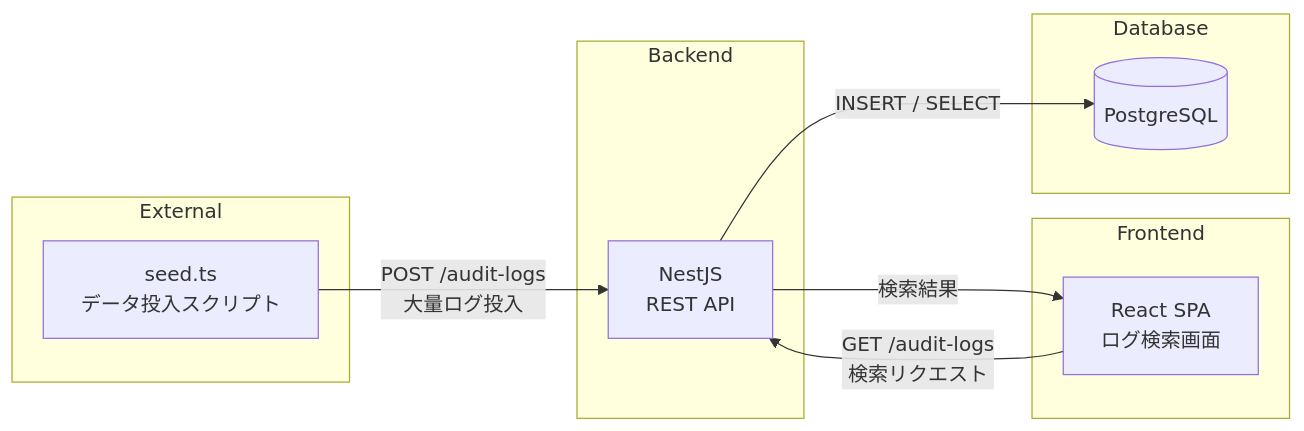
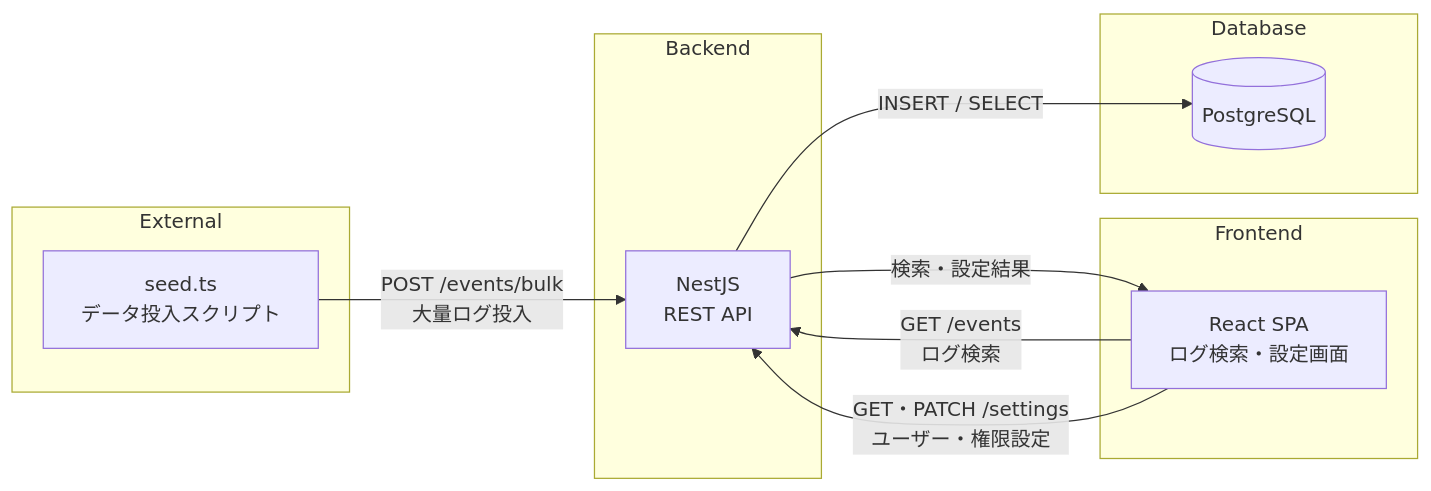
One commit to bird-dance-dev/log-search-platform changed the first of 2 diagrams in README.md. Above: the diagram before and after it, drawn with Mermaid. The commit also changed other lines of this file and 11 other files, not shown here.

````diff
--- a/README.md
+++ b/README.md
@@ -23,23 +23,24 @@
 ```mermaid
 graph LR
   subgraph External
     Seed[seed.ts\nデータ投入スクリプト]
   end
 
   subgraph Frontend
-    React[React SPA\nログ検索画面]
+    React[React SPA\nログ検索・設定画面]
   end
 
   subgraph Backend
     NestJS[NestJS\nREST API]
   end
 
   subgraph Database
     PG[(PostgreSQL)]
   end
 
-  Seed -- "POST /audit-logs\n大量ログ投入" --> NestJS
-  React -- "GET /audit-logs\n検索リクエスト" --> NestJS
+  Seed -- "POST /events/bulk\n大量ログ投入" --> NestJS
+  React -- "GET /events\nログ検索" --> NestJS
+  React -- "GET・PATCH /settings\nユーザー・権限設定" --> NestJS
   NestJS -- "INSERT / SELECT" --> PG
-  NestJS -- "検索結果" --> React
-  ```
+  NestJS -- "検索・設定結果" --> React
+```
````
